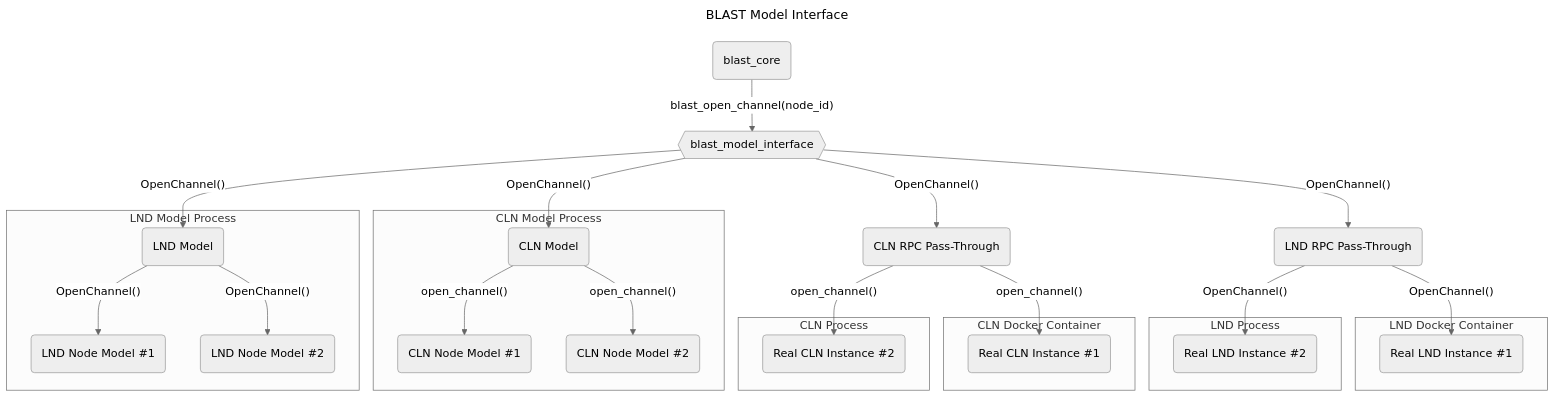
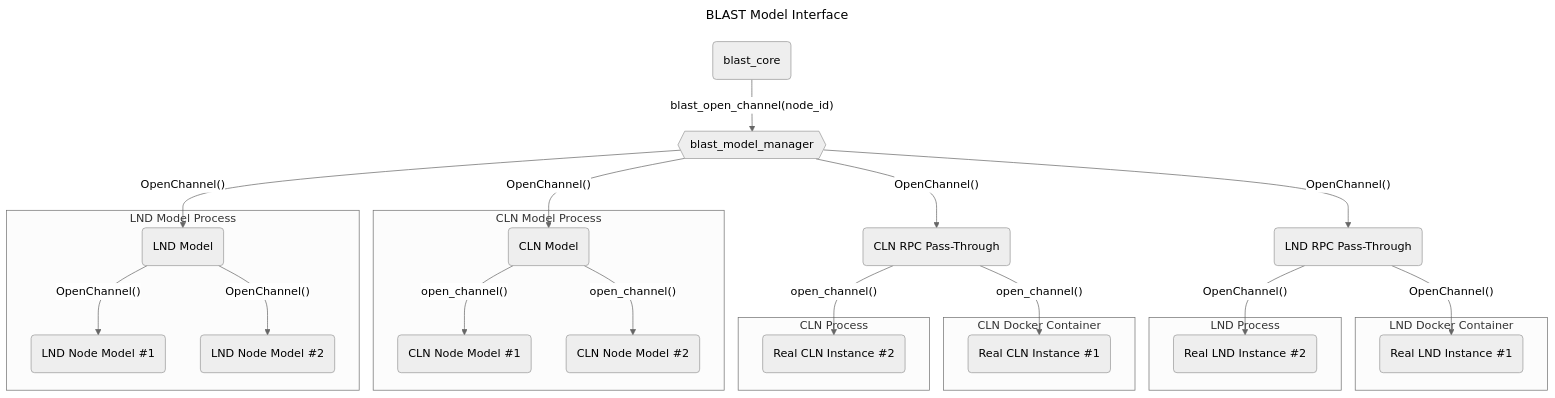
One commit to bjohnson5/blast changed the second of 2 diagrams in design/blast_design.md. Above: the diagram before and after it, drawn with Mermaid (neutral theme). The commit also changed other lines of this file and 15 other files, not shown here.

````diff
--- a/design/blast_design.md
+++ b/design/blast_design.md
@@ -59,48 +59,48 @@
 ```mermaid
 ---
 title: BLAST Model Interface
 ---
 flowchart TD
     core(blast_core)
-    interface{{blast_model_interface}}
+    interface{{blast_model_manager}}
     lnd1(Real LND Instance #1)
     lnd2(Real LND Instance #2)
     cln3(Real CLN Instance #1)
     cln4(Real CLN Instance #2)
     cln(CLN Model)
     cln1(CLN Node Model #1)
     cln2(CLN Node Model #2)
     rpccln(CLN RPC Pass-Through)
     lnd(LND Model)
     lnd3(LND Node Model #1)
     lnd4(LND Node Model #2)
     rpclnd(LND RPC Pass-Through)
 
     core-- blast_open_channel(node_id) -->interface
     subgraph LND Docker Container
     lnd1
     end
     subgraph LND Process
     lnd2
     end
     subgraph CLN Docker Container
     cln3
     end
     subgraph CLN Process
     cln4
     end
     interface-- OpenChannel() -->rpclnd-- OpenChannel() -->lnd1
     rpclnd-- OpenChannel() -->lnd2
     interface-- OpenChannel() -->rpccln-- open_channel() -->cln3
     rpccln-- open_channel() -->cln4
     interface-- OpenChannel() -->cln
     subgraph CLN Model Process
     cln-- open_channel() --> cln1
     cln-- open_channel() --> cln2
     end
     interface-- OpenChannel() -->lnd
     subgraph LND Model Process
     lnd-- OpenChannel() --> lnd3
     lnd-- OpenChannel() --> lnd4
     end
 ```
````
